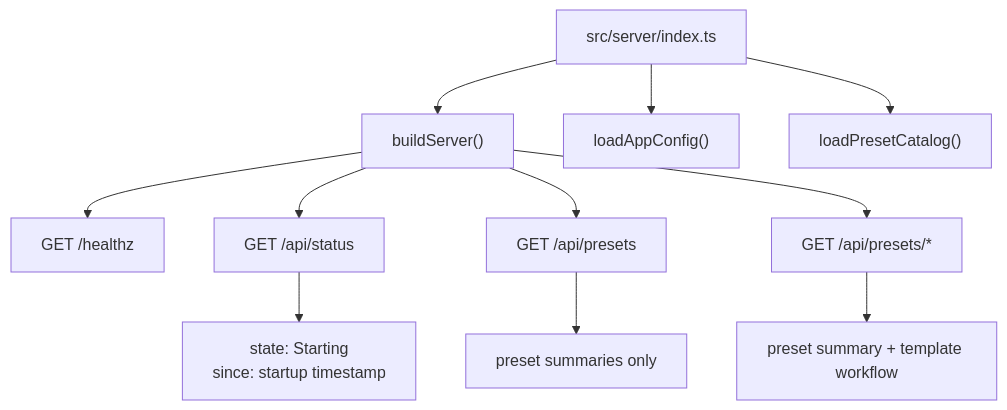
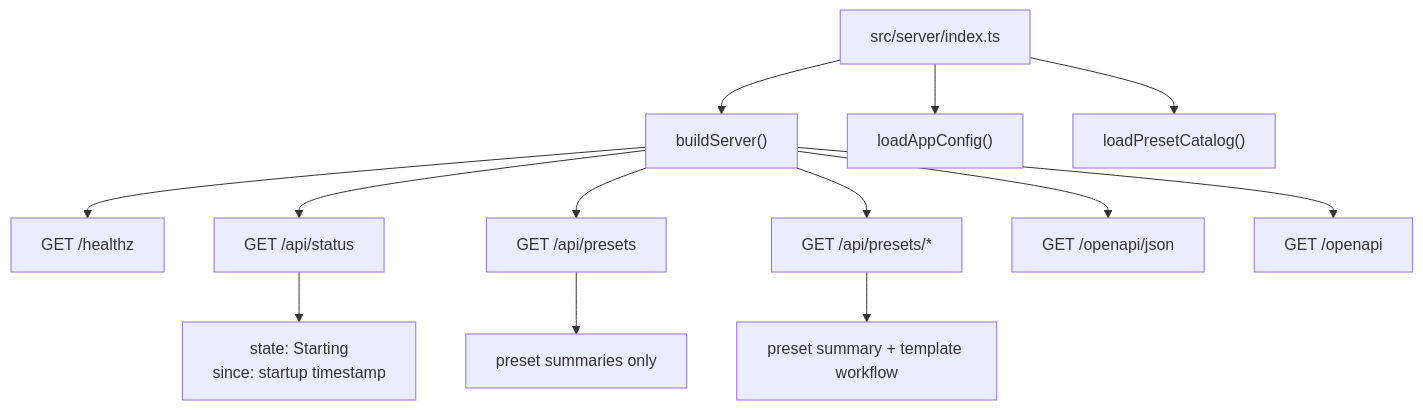
The second of 3 diagrams in docs/architecture.MD (marianban/fuzzy-guacamole), drawn with Mermaid before and after one commit. The commit also changed other lines of this file and 6 other files, not shown here.

Commit message:
feat: integrate OpenAPI documentation with Fastify and add related tests

````diff
--- a/docs/architecture.MD
+++ b/docs/architecture.MD
@@ -31,13 +31,15 @@
 ```mermaid
 flowchart TD
   Start["src/server/index.ts"] --> Build["buildServer()"]
   Start --> Config["loadAppConfig()"]
   Start --> Catalog["loadPresetCatalog()"]
   Build --> Health["GET /healthz"]
   Build --> Status["GET /api/status"]
   Build --> PresetsList["GET /api/presets"]
   Build --> PresetsDetail["GET /api/presets/*"]
+  Build --> OpenApiJson["GET /openapi/json"]
+  Build --> OpenApiUi["GET /openapi"]
   Status --> Payload["state: Starting<br/>since: startup timestamp"]
   PresetsList --> PresetPayload["preset summaries only"]
   PresetsDetail --> PresetDetailPayload["preset summary + template workflow"]
 ```
````
